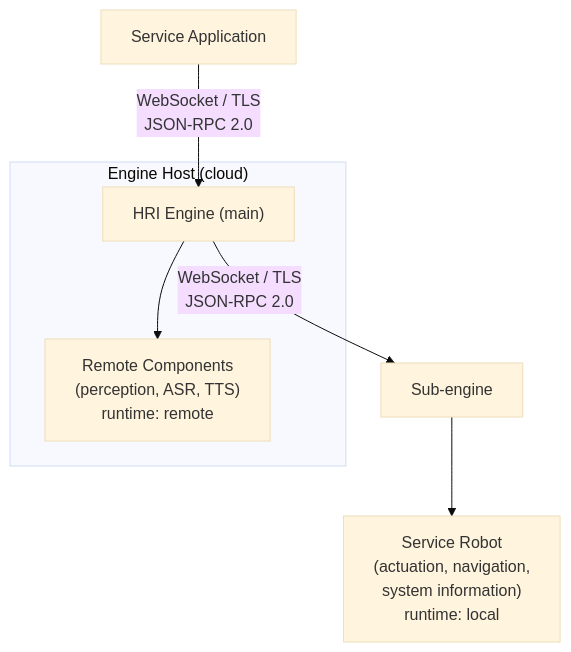
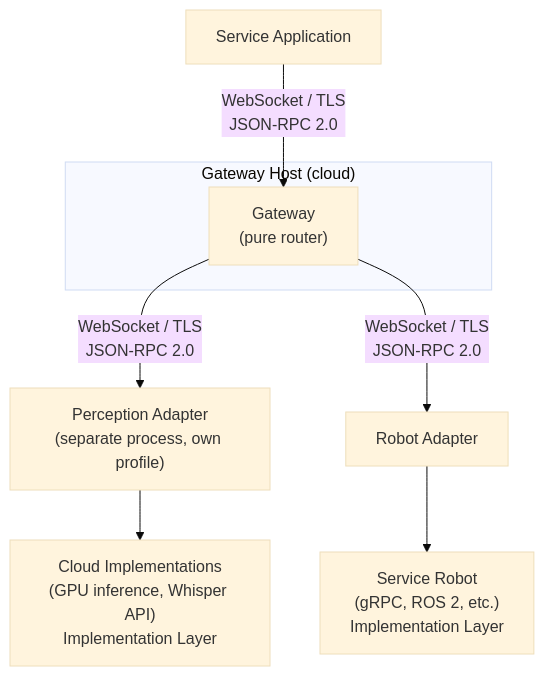
Diagram 13 of 18 in docs/white-paper.md (openrois/openrois), drawn with Mermaid (base theme) before and after one commit. The commit also changed other lines of this file and 7 other files, not shown here.

First line of the commit message:
docs: rewrite architecture, roadmap, and white paper to recursive engine model

````diff
--- a/docs/white-paper.md
+++ b/docs/white-paper.md
@@ -1353,14 +1495,15 @@
 ```mermaid
 flowchart TB
     App["Service Application"]
     App -->|"WebSocket / TLS<br/>JSON-RPC 2.0"| GW
 
-    subgraph Cloud["Engine Host (cloud)"]
-        GW["HRI Engine (main)"]
-        RemoteComponents["Remote Components<br/>(perception, ASR, TTS)<br/>runtime: remote"]
-        GW --> RemoteComponents
+    subgraph Cloud["Gateway Host (cloud)"]
+        GW["Gateway<br/>(pure router)"]
     end
 
-    GW -->|"WebSocket / TLS<br/>JSON-RPC 2.0"| SubEngine["Sub-engine"]
-    SubEngine --> Robot["Service Robot<br/>(actuation, navigation,<br/>system information)<br/>runtime: local"]
+    GW -->|"WebSocket / TLS<br/>JSON-RPC 2.0"| PerceptionAdapter["Perception Adapter<br/>(separate process, own profile)"]
+    PerceptionAdapter --> CloudImpl["Cloud Implementations<br/>(GPU inference, Whisper API)<br/>Implementation Layer"]
+
+    GW -->|"WebSocket / TLS<br/>JSON-RPC 2.0"| RobotAdapter["Robot Adapter"]
+    RobotAdapter --> Robot["Service Robot<br/>(gRPC, ROS 2, etc.)<br/>Implementation Layer"]
 ```
````
